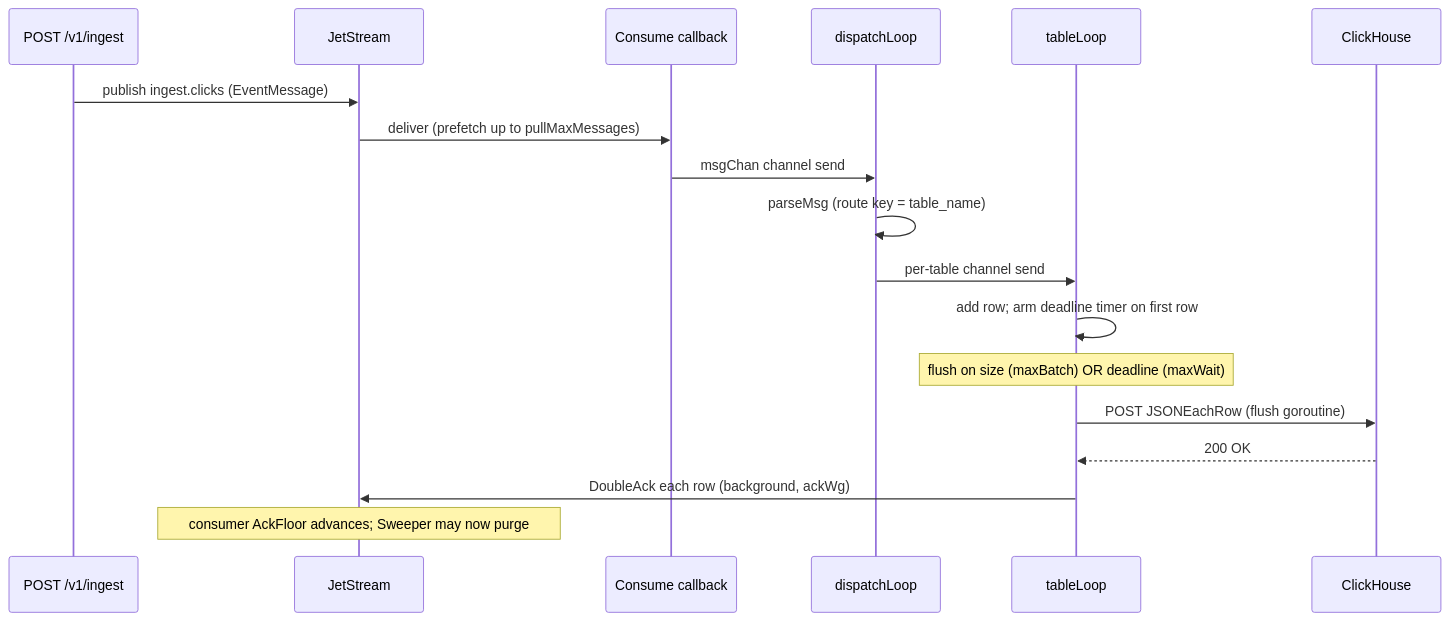
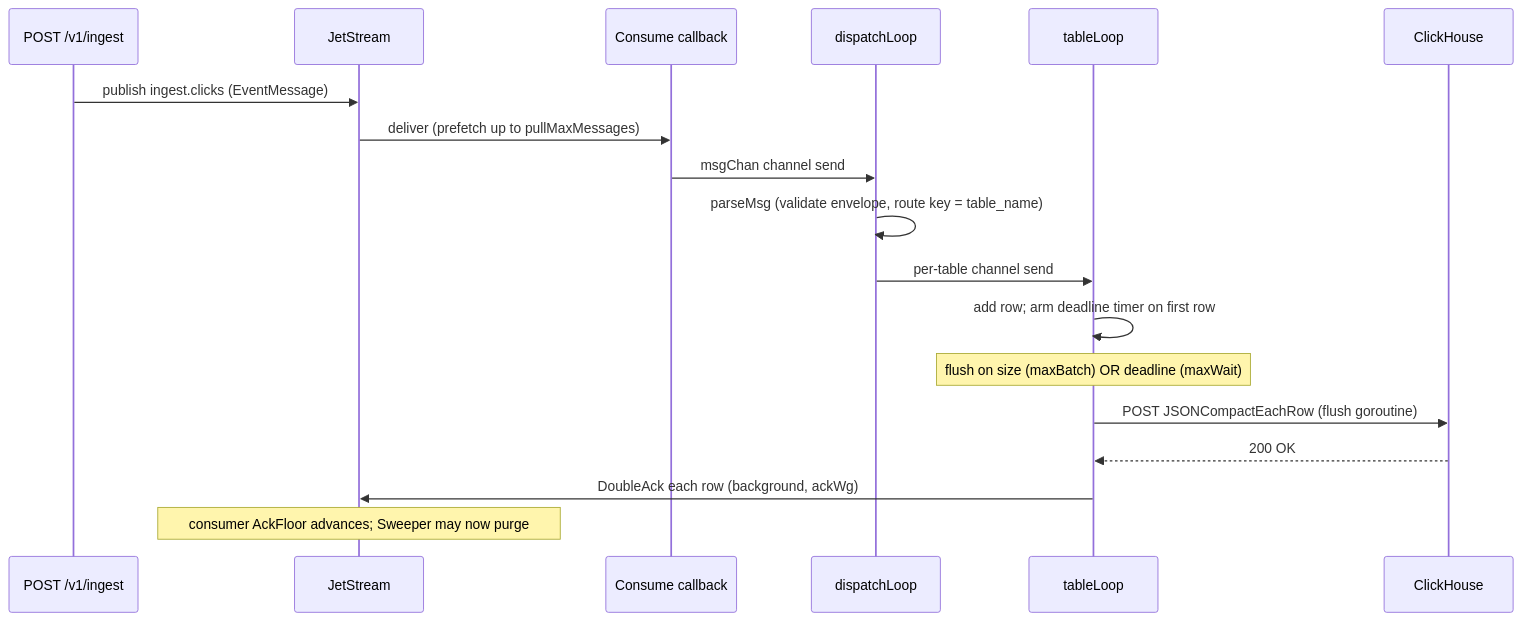
One commit to Wave-RF/WaveHouse changed the second of 8 diagrams in docs/src/content/docs/ingest-pipeline.md. Above: the diagram before and after it, drawn with Mermaid. The commit also changed other lines of this file and 49 other files, not shown here.

````diff
--- a/docs/src/content/docs/ingest-pipeline.md
+++ b/docs/src/content/docs/ingest-pipeline.md
@@ -62,20 +68,20 @@
 ```mermaid
 sequenceDiagram
     participant P as POST /v1/ingest
     participant JS as JetStream
     participant CB as Consume callback
     participant D as dispatchLoop
     participant TL as tableLoop
     participant CH as ClickHouse
     P->>JS: publish ingest.clicks (EventMessage)
     JS->>CB: deliver (prefetch up to pullMaxMessages)
     CB->>D: msgChan channel send
-    D->>D: parseMsg (route key = table_name)
+    D->>D: parseMsg (validate envelope, route key = table_name)
     D->>TL: per-table channel send
     TL->>TL: add row#59; arm deadline timer on first row
     Note over TL: flush on size (maxBatch) OR deadline (maxWait)
-    TL->>CH: POST JSONEachRow (flush goroutine)
+    TL->>CH: POST JSONCompactEachRow (flush goroutine)
     CH-->>TL: 200 OK
     TL->>JS: DoubleAck each row (background, ackWg)
     Note over JS: consumer AckFloor advances#59; Sweeper may now purge
 ```
````
